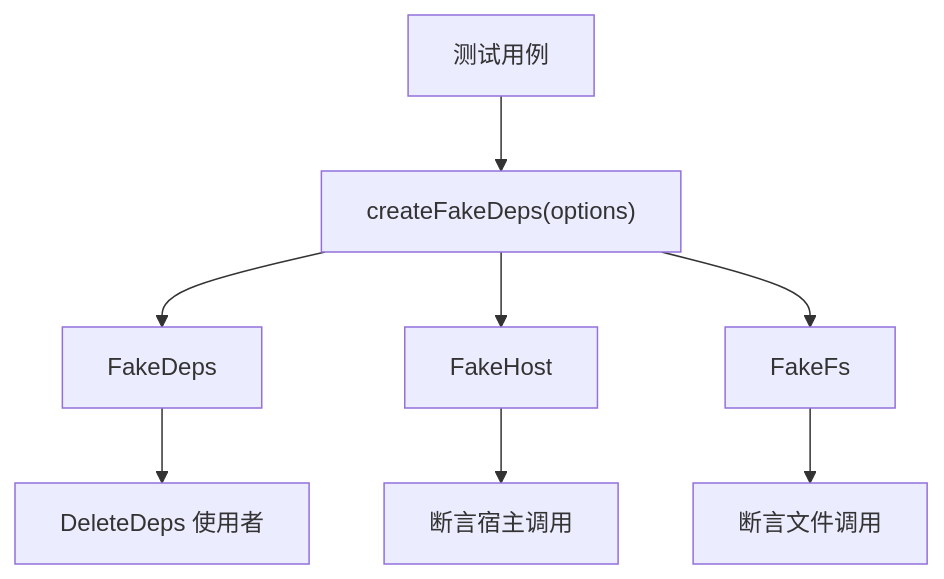
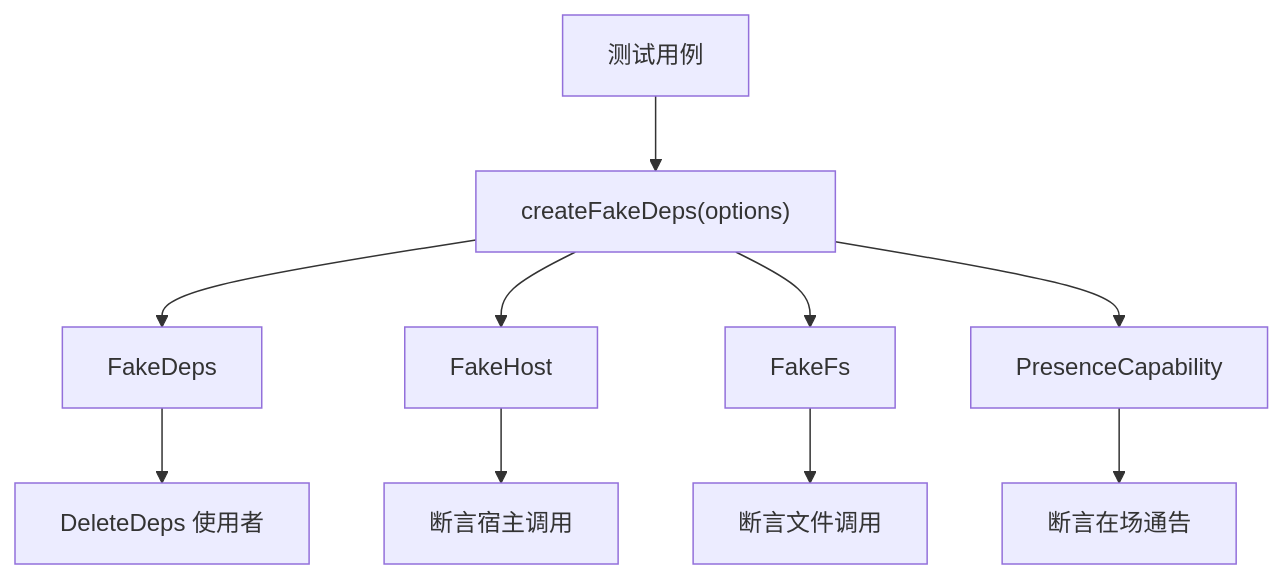
Before and after one commit to xrn1997/dsh-session-delete: the fifth of 6 diagrams in .qoder/repowiki/zh/content/端口适配与宿主集成.md, drawn with Mermaid. The commit also changed other lines of this file and 36 other files, not shown here.

````diff
--- a/.qoder/repowiki/zh/content/端口适配与宿主集成.md
+++ b/.qoder/repowiki/zh/content/端口适配与宿主集成.md
@@ -309,10 +401,12 @@
 ```mermaid
 flowchart TD
   Test["测试用例"] --> CreateDeps["createFakeDeps(options)"]
   CreateDeps --> Deps["FakeDeps"]
   CreateDeps --> FakeHostObj["FakeHost"]
   CreateDeps --> FakeFsObj["FakeFs"]
+  CreateDeps --> Presence["PresenceCapability"]
   Deps --> Verb["DeleteDeps 使用者"]
   FakeHostObj --> VerifyHost["断言宿主调用"]
   FakeFsObj --> VerifyFs["断言文件调用"]
+  Presence --> VerifyPresence["断言在场通告"]
 ```
````
